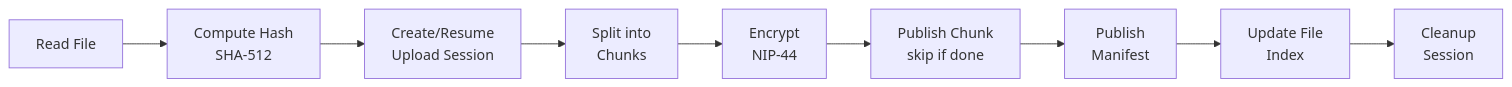
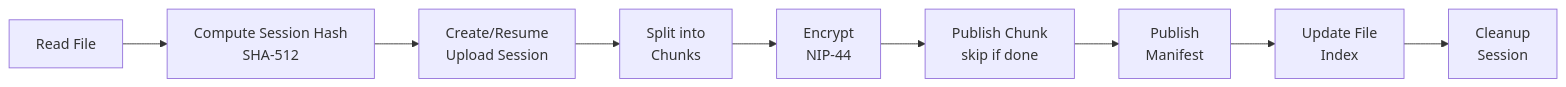
Before and after one commit to andrewtheguy/nostrsave: the first of 5 diagrams in docs/ARCHITECTURE.md, drawn with Mermaid. The commit also changed other lines of this file and 1 other file, not shown here.

Commit message:
docs: clarify architecture and indexing details in documentation

````diff
--- a/docs/ARCHITECTURE.md
+++ b/docs/ARCHITECTURE.md
@@ -7,11 +7,11 @@
 ```mermaid
 flowchart LR
-    A[Read File] --> B[Compute Hash<br/>SHA-512]
+    A[Read File] --> B[Compute Session Hash<br/>SHA-512]
     B --> C[Create/Resume<br/>Upload Session]
     C --> D[Split into<br/>Chunks]
     D --> E[Encrypt<br/>NIP-44]
     E --> F[Publish Chunk<br/>skip if done]
     F --> G[Publish<br/>Manifest]
     G --> H[Update File<br/>Index]
     H --> I[Cleanup<br/>Session]
 ```
````
